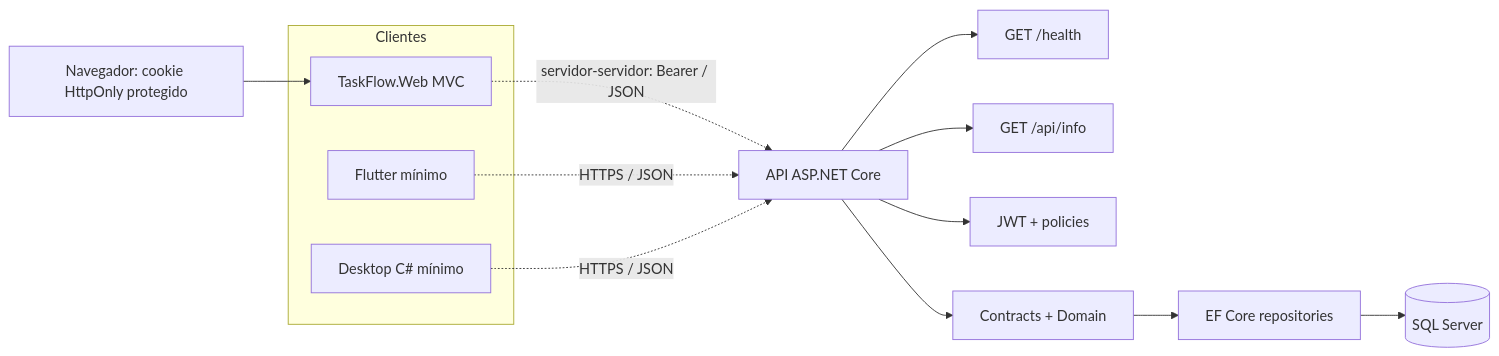
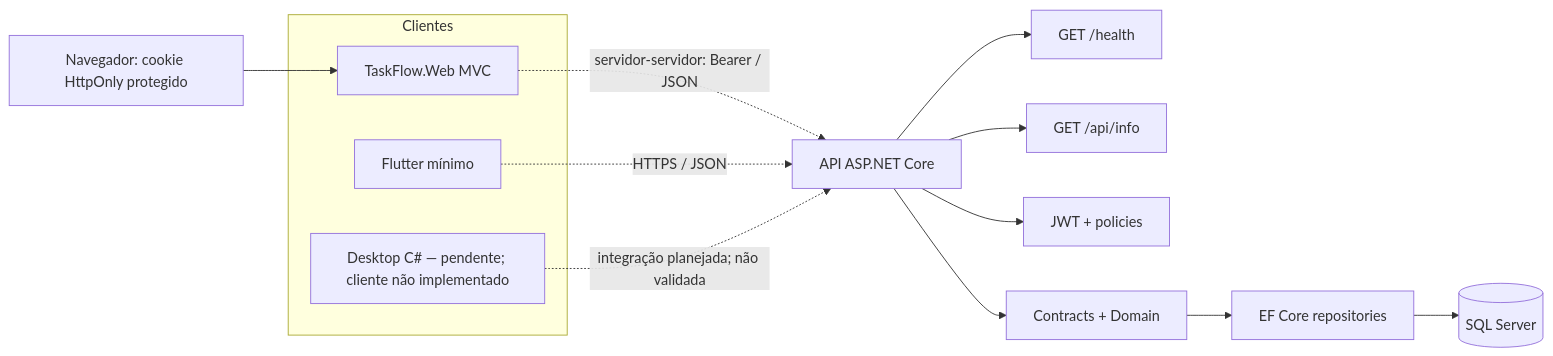
One commit to Heinrick1004/PIM_VIII changed the second of 2 diagrams in docs/arquitetura.md. Above: the diagram before and after it, drawn with Mermaid. The commit also changed other lines of this file and 6 other files, not shown here.

````diff
--- a/docs/arquitetura.md
+++ b/docs/arquitetura.md
@@ -29,18 +29,18 @@
 ```mermaid
 flowchart LR
     subgraph Clientes[Clientes]
         Web[TaskFlow.Web MVC]
         Mobile[Flutter mínimo]
-        Desktop[Desktop C# mínimo]
+        Desktop[Desktop C# — pendente; cliente não implementado]
     end
     Web -. servidor-servidor: Bearer / JSON .-> Api[API ASP.NET Core]
     Mobile -. HTTPS / JSON .-> Api
-    Desktop -. HTTPS / JSON .-> Api
+    Desktop -. integração planejada; não validada .-> Api
     Browser[Navegador: cookie HttpOnly protegido] --> Web
     Api --> Health[GET /health]
     Api --> Info[GET /api/info]
     Api --> Auth[JWT + policies]
     Api --> Application[Contracts + Domain]
     Application --> Infrastructure[EF Core repositories]
     Infrastructure --> SQL[(SQL Server)]
 ```
````
